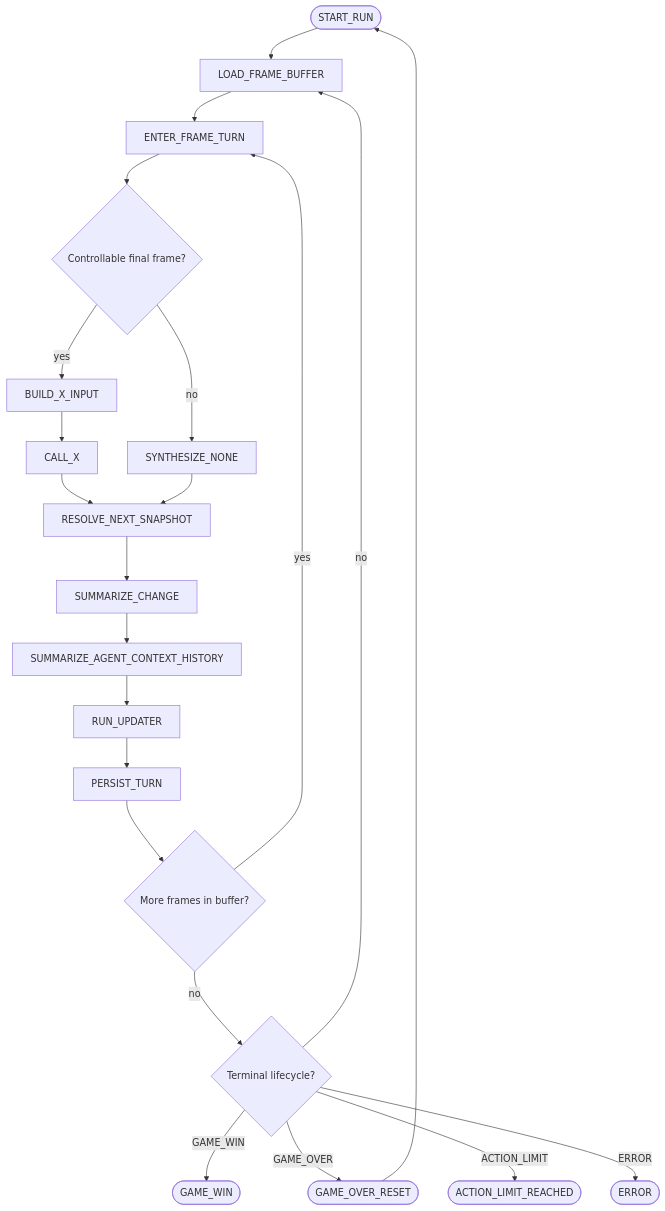
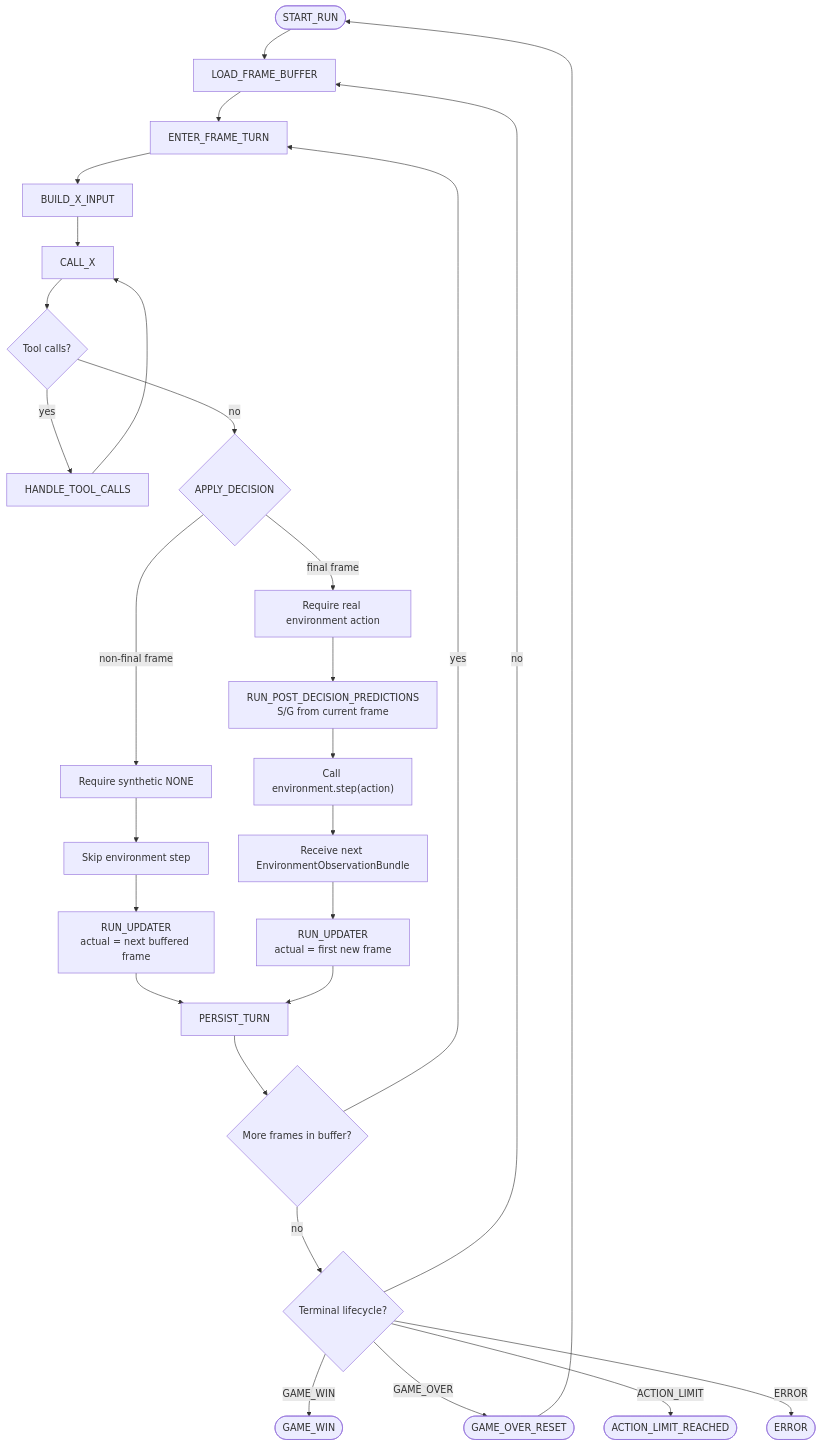
Before and after one commit to cocomette/artificial-agency: the first of 2 diagrams in doc/architecture/software/orchestration/game_loop/diagrams.md, drawn with Mermaid. The commit also changed other lines of this file and 279 other files, not shown here.

````diff
--- a/doc/architecture/software/orchestration/game_loop/diagrams.md
+++ b/doc/architecture/software/orchestration/game_loop/diagrams.md
@@ -5,26 +5,35 @@
 ```mermaid
 flowchart TD
     Start([START_RUN]) --> Load[LOAD_FRAME_BUFFER]
     Load --> Enter[ENTER_FRAME_TURN]
-    Enter --> Control{Controllable final frame?}
-    Control -- yes --> Build[BUILD_X_INPUT]
+    Enter --> Build[BUILD_X_INPUT]
     Build --> CallX[CALL_X]
-    CallX --> Resolve[RESOLVE_NEXT_SNAPSHOT]
-    Control -- no --> Synthetic[SYNTHESIZE_NONE]
-    Synthetic --> Resolve
+    CallX --> Tools{Tool calls?}
 
-    Resolve --> Change[SUMMARIZE_CHANGE]
-    Change --> Hist[SUMMARIZE_AGENT_CONTEXT_HISTORY]
-    Hist --> Update[RUN_UPDATER]
-    Update --> Persist[PERSIST_TURN]
+    Tools -- yes --> Route[HANDLE_TOOL_CALLS]
+    Route --> CallX
+    Tools -- no --> Apply{APPLY_DECISION}
+
+    Apply -- non-final frame --> ValidateNone[Require synthetic NONE]
+    ValidateNone --> SkipEnv[Skip environment step]
+    SkipEnv --> UpdateBuffered["RUN_UPDATER<br/>actual = next buffered frame"]
+
+    Apply -- final frame --> ValidateReal[Require real environment action]
+    ValidateReal --> Predict["RUN_POST_DECISION_PREDICTIONS<br/>S/G from current frame"]
+    Predict --> StepEnv["Call environment.step(action)"]
+    StepEnv --> NewBundle[Receive next EnvironmentObservationBundle]
+    NewBundle --> UpdateFresh["RUN_UPDATER<br/>actual = first new frame"]
+
+    UpdateBuffered --> Persist[PERSIST_TURN]
+    UpdateFresh --> Persist
     Persist --> MoreFrames{More frames in buffer?}
 
     MoreFrames -- yes --> Enter
     MoreFrames -- no --> Lifecycle{Terminal lifecycle?}
     Lifecycle -- no --> Load
     Lifecycle -- GAME_WIN --> Win([GAME_WIN])
     Lifecycle -- GAME_OVER --> Reset([GAME_OVER_RESET])
     Lifecycle -- ACTION_LIMIT --> Limit([ACTION_LIMIT_REACHED])
     Lifecycle -- ERROR --> Error([ERROR])
     Reset --> Start
 ```
````
